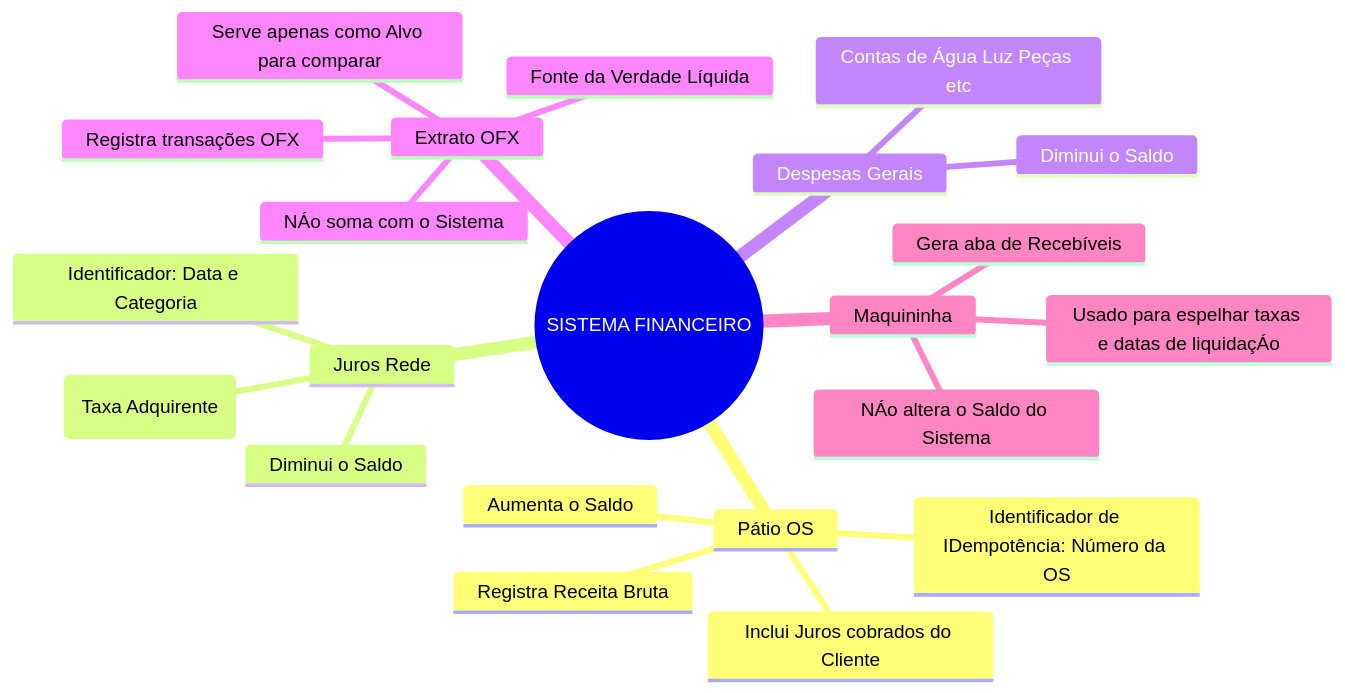
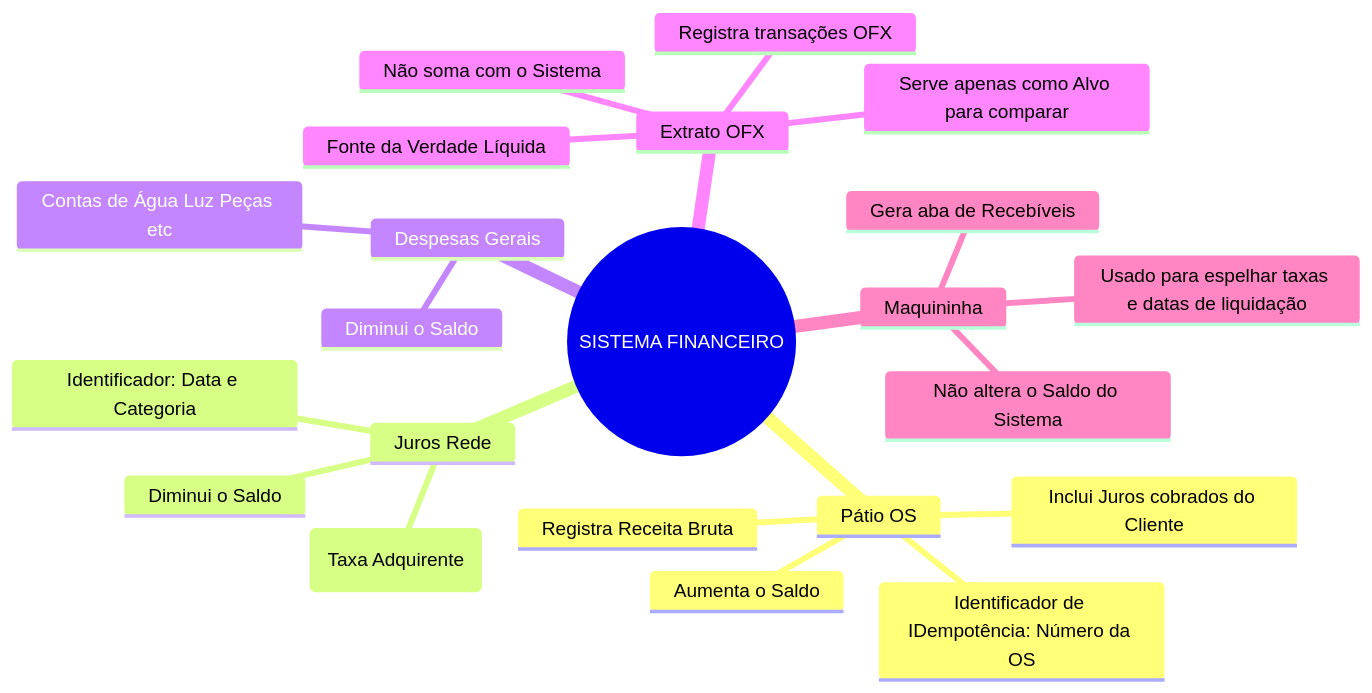
Before and after one commit to mktfun/mec-nica-financeiro: the first of 2 diagrams in specs/archive/038-arquitetura-conciliacao-cruzada/design.md, drawn with Mermaid. The commit also changed other lines of this file and 1379 other files, not shown here.

````diff
--- a/specs/archive/038-arquitetura-conciliacao-cruzada/design.md
+++ b/specs/archive/038-arquitetura-conciliacao-cruzada/design.md
@@ -5,25 +5,25 @@
 ```mermaid
 mindmap
   root((SISTEMA FINANCEIRO))
     Pátio OS
       Aumenta o Saldo
       Registra Receita Bruta
       Inclui Juros cobrados do Cliente
       Identificador de IDempotência: Número da OS
     Juros Rede
       Diminui o Saldo
       Registra Despesa (Taxa Adquirente)
       Identificador: Data e Categoria
     Despesas Gerais
       Diminui o Saldo
       Contas de Água Luz Peças etc
     Extrato OFX
       Fonte da Verdade Líquida
       Registra transações OFX
-      NÁo soma com o Sistema
+      Não soma com o Sistema
       Serve apenas como Alvo para comparar
     Maquininha
-      NÁo altera o Saldo do Sistema
+      Não altera o Saldo do Sistema
       Gera aba de Recebíveis
-      Usado para espelhar taxas e datas de liquidaçÁo
+      Usado para espelhar taxas e datas de liquidação
 ```
````
